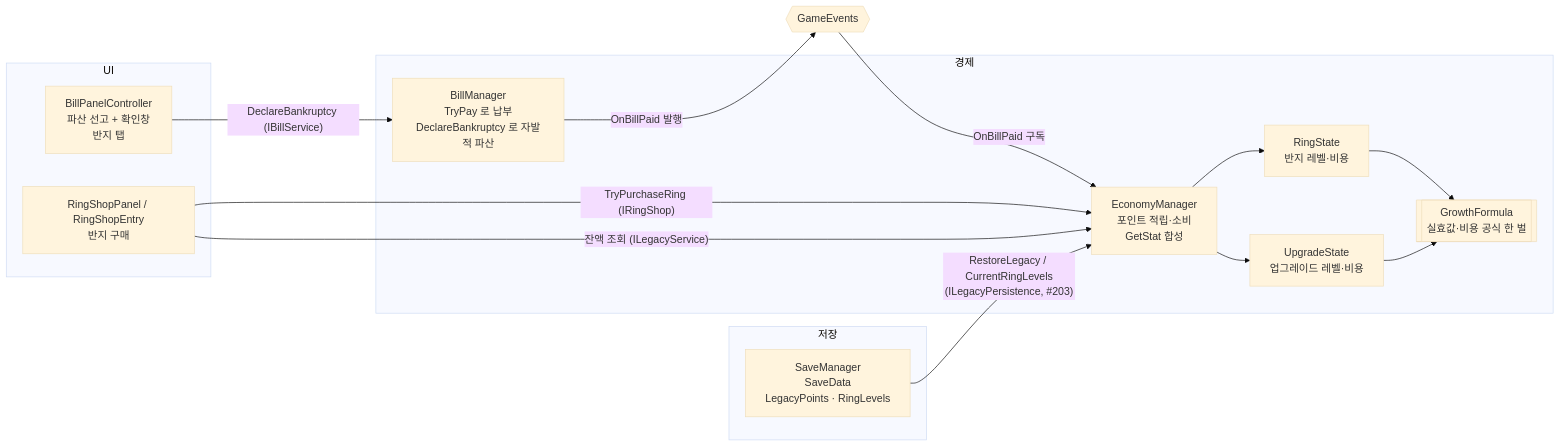
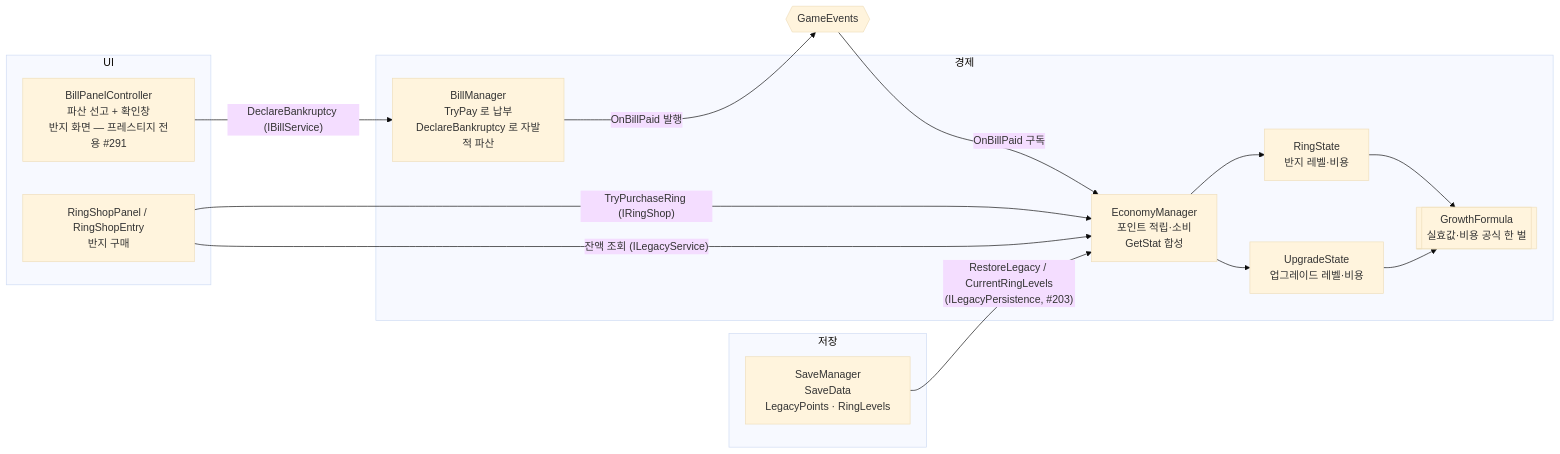
The diagram in docs/TECH_NOTES/legacy-points.md (KDNA-Gwangju-1/NCAIClicker), drawn with Mermaid (base theme) before and after one commit. The commit also changed other lines of this file and 13 other files, not shown here.

````diff
--- a/docs/TECH_NOTES/legacy-points.md
+++ b/docs/TECH_NOTES/legacy-points.md
@@ -30,32 +33,32 @@
 ```mermaid
 flowchart LR
   subgraph Economy["경제"]
     bill[BillManager<br/>TryPay 로 납부<br/>DeclareBankruptcy 로 자발적 파산]
     econ[EconomyManager<br/>포인트 적립·소비<br/>GetStat 합성]
     rings[RingState<br/>반지 레벨·비용]
     ups[UpgradeState<br/>업그레이드 레벨·비용]
     formula[[GrowthFormula<br/>실효값·비용 공식 한 벌]]
   end
 
   subgraph UI["UI"]
-    panel[BillPanelController<br/>파산 선고 + 확인창<br/>반지 탭]
+    panel[BillPanelController<br/>파산 선고 + 확인창<br/>반지 화면 — 프레스티지 전용 #291]
     shop[RingShopPanel / RingShopEntry<br/>반지 구매]
   end
 
   subgraph Save["저장"]
     save[SaveManager<br/>SaveData<br/>LegacyPoints · RingLevels]
   end
 
   events{{"GameEvents"}}
 
   bill -- "OnBillPaid 발행" --> events
   events -- "OnBillPaid 구독" --> econ
   econ --> rings
   econ --> ups
   rings --> formula
   ups --> formula
   panel -- "DeclareBankruptcy (IBillService)" --> bill
   shop -- "TryPurchaseRing (IRingShop)" --> econ
   shop -- "잔액 조회 (ILegacyService)" --> econ
   save -- "RestoreLegacy / CurrentRingLevels<br/>(ILegacyPersistence, #203)" --> econ
 ```
````
